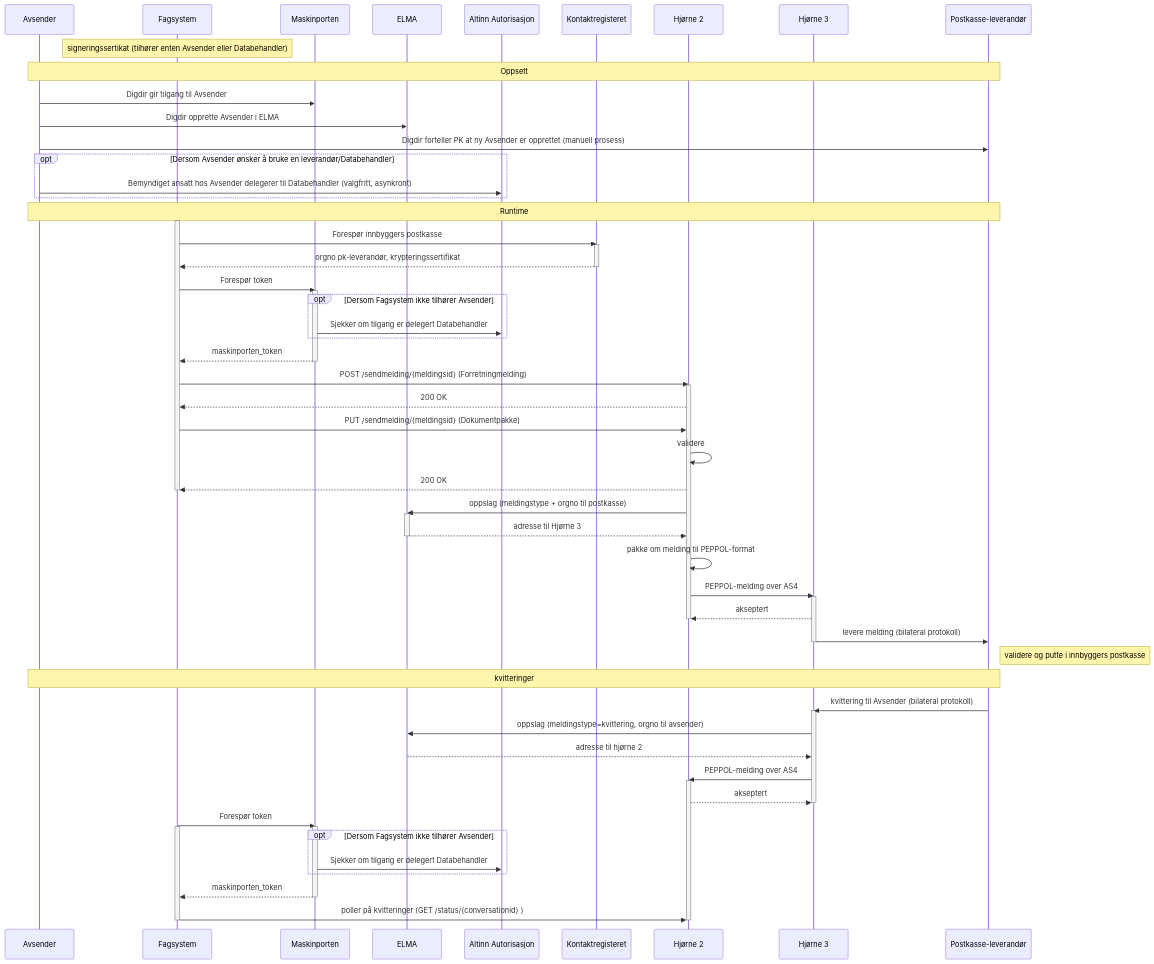
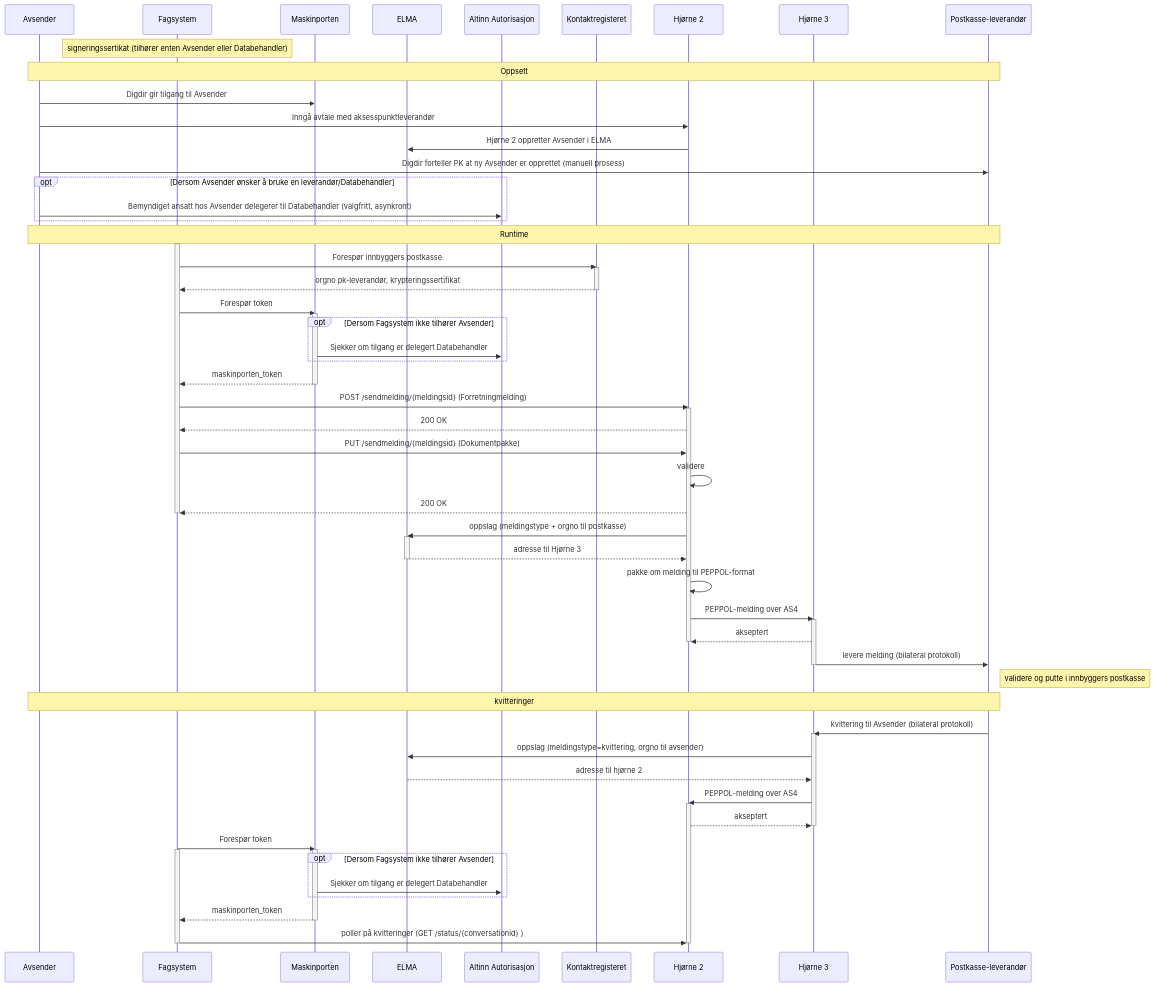
Before and after one commit to joergenb/dpi_transport: the diagram in alternativ 2.md, drawn with Mermaid. The commit also changed other lines of this file and 1 other file, not shown here.

```diff
--- a/alternativ 2.md
+++ b/alternativ 2.md
@@ -46,7 +173,8 @@
 
   note over A, PK: Oppsett
   A->>MP: Digdir gir tilgang til Avsender
-  A->>ELMA: Digdir opprette Avsender i ELMA
+  A->>C2: Inngå avtale med aksesspunktleverandør
+  C2->>ELMA: Hjørne 2 oppretter Avsender i ELMA
   A->>PK: Digdir forteller PK at ny Avsender er opprettet (manuell prosess)
 
   opt Dersom Avsender ønsker å bruke en leverandør/Databehandler
```
